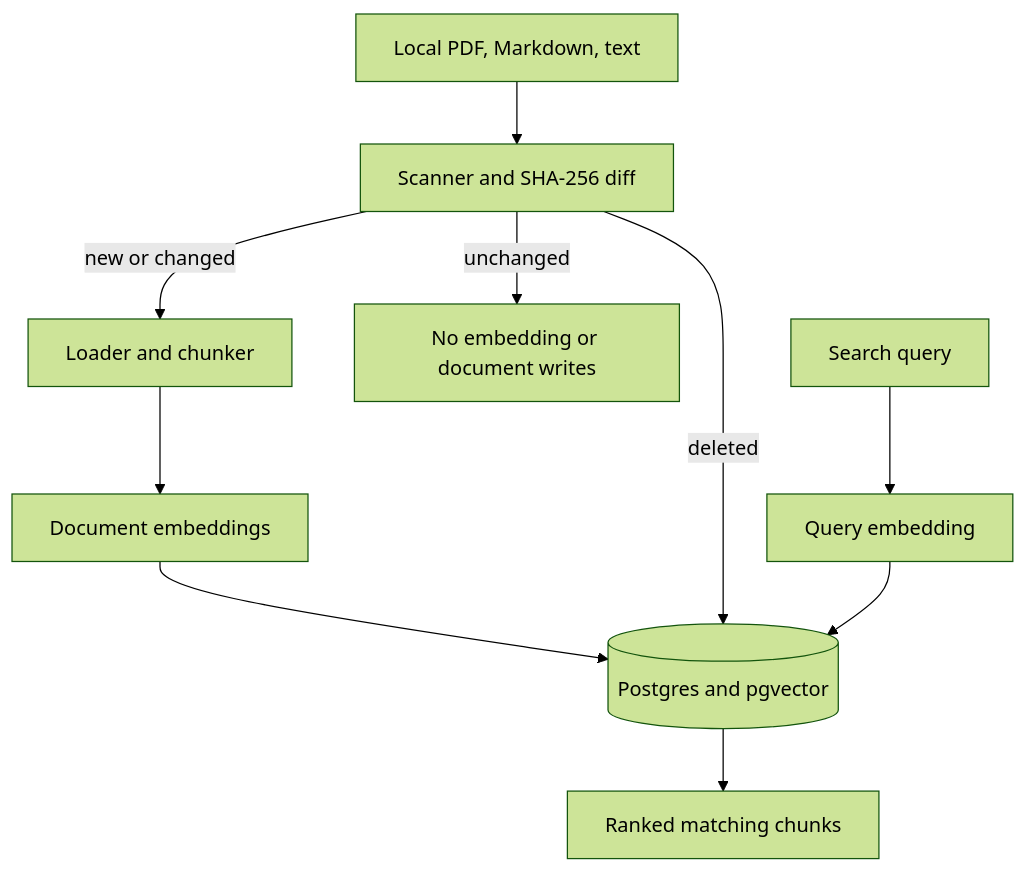
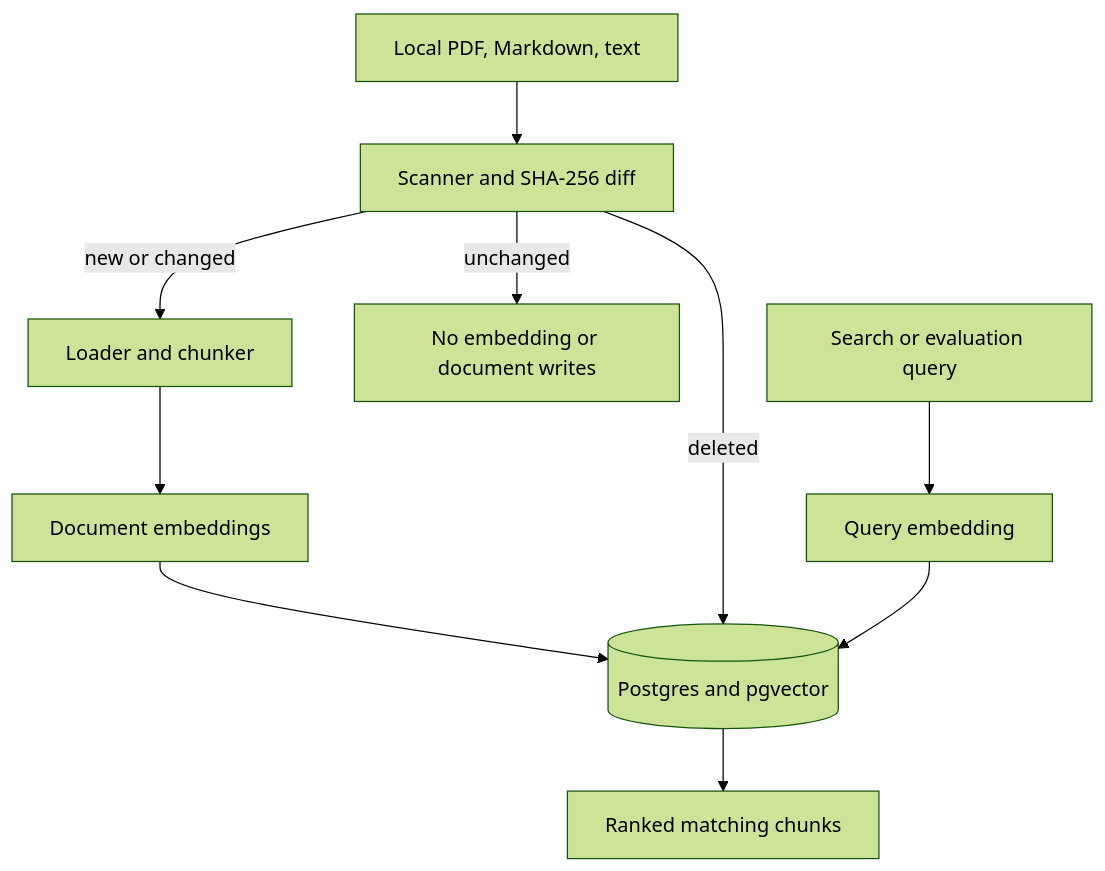
The diagram in README.md (Manjunatha184/ragpipe), drawn with Mermaid (forest theme) before and after one commit. The commit also changed other lines of this file and 5 other files, not shown here.

````diff
--- a/README.md
+++ b/README.md
@@ -29,12 +30,12 @@
 ```mermaid
 flowchart TD
     A[Local PDF, Markdown, text] --> B[Scanner and SHA-256 diff]
     B -->|new or changed| C[Loader and chunker]
     C --> D[Document embeddings]
     D --> E[(Postgres and pgvector)]
     B -->|deleted| E
     B -->|unchanged| F[No embedding or document writes]
-    Q[Search query] --> G[Query embedding]
+    Q[Search or evaluation query] --> G[Query embedding]
     G --> E
     E --> R[Ranked matching chunks]
 ```
````
